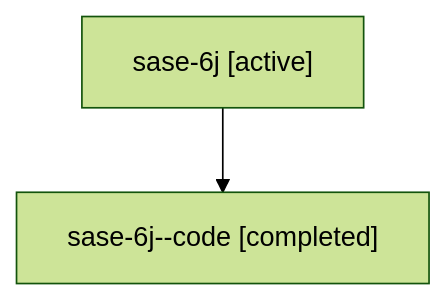
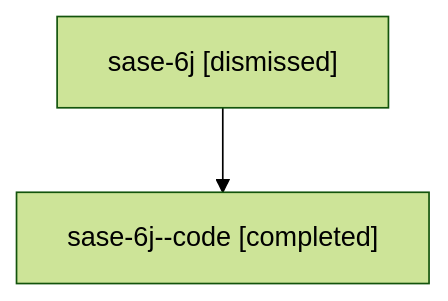
One commit to sase-org/sase--agents changed the diagram in sessions/bbugyi200.athena.sase-6j.md. Above: the diagram before and after it, drawn with Mermaid (forest theme). The commit also changed other lines of this file and 54 other files, not shown here.

````diff
--- a/sessions/bbugyi200.athena.sase-6j.md
+++ b/sessions/bbugyi200.athena.sase-6j.md
@@ -9,6 +9,6 @@
 ```mermaid
 flowchart TD
-  n0["sase-6j [active]"]
+  n0["sase-6j [dismissed]"]
   n1["sase-6j--code [completed]"]
   n0 --> n1
 ```
````
